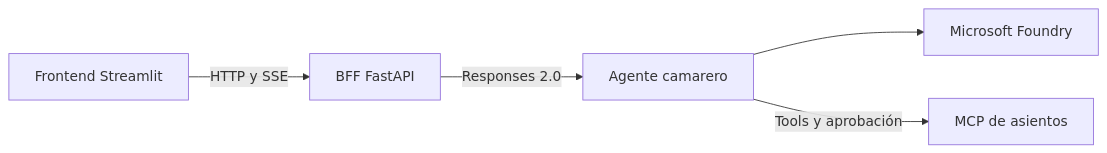
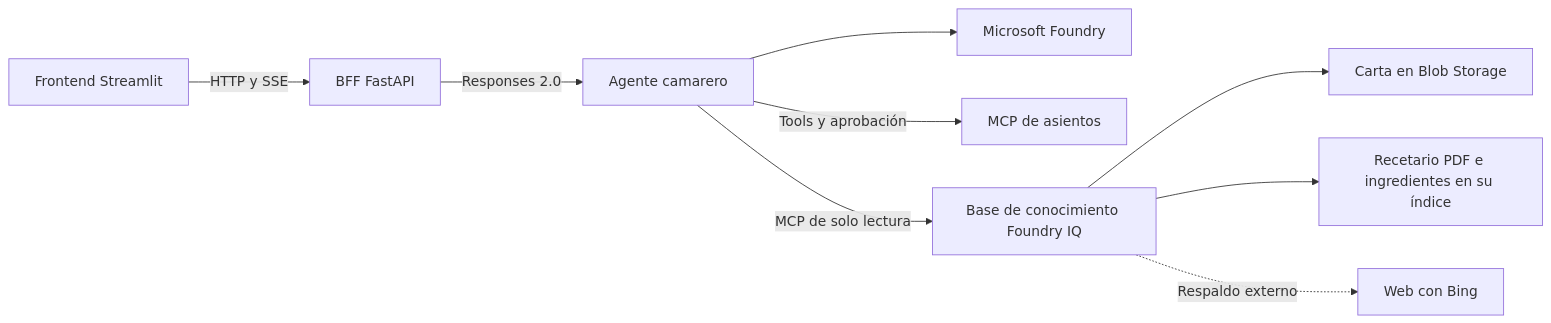
Before and after one commit to dsanchor/morcillaconf: the diagram in README.md, drawn with Mermaid. The commit also changed other lines of this file and 1 other file, not shown here.

````diff
--- a/README.md
+++ b/README.md
@@ -66,7 +74,11 @@
 ```mermaid
 flowchart LR
     F[Frontend Streamlit] -->|HTTP y SSE| B[BFF FastAPI]
     B -->|Responses 2.0| A[Agente camarero]
     A --> FO[Microsoft Foundry]
     A -->|Tools y aprobación| M[MCP de asientos]
+    A -->|MCP de solo lectura| K[Base de conocimiento Foundry IQ]
+    K --> C[Carta en Blob Storage]
+    K --> R[Recetario PDF e ingredientes en su índice]
+    K -.->|Respaldo externo| W[Web con Bing]
 ```
````
